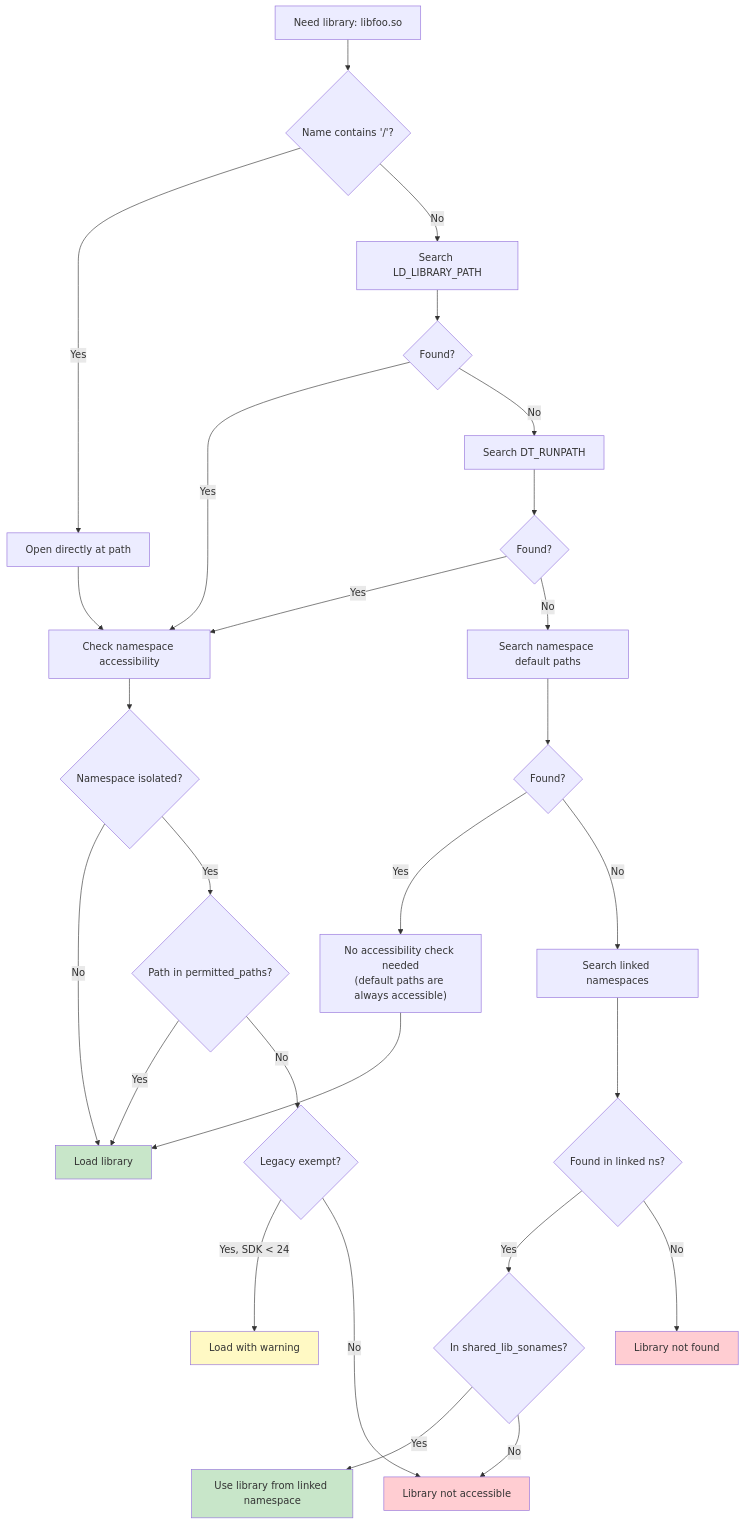
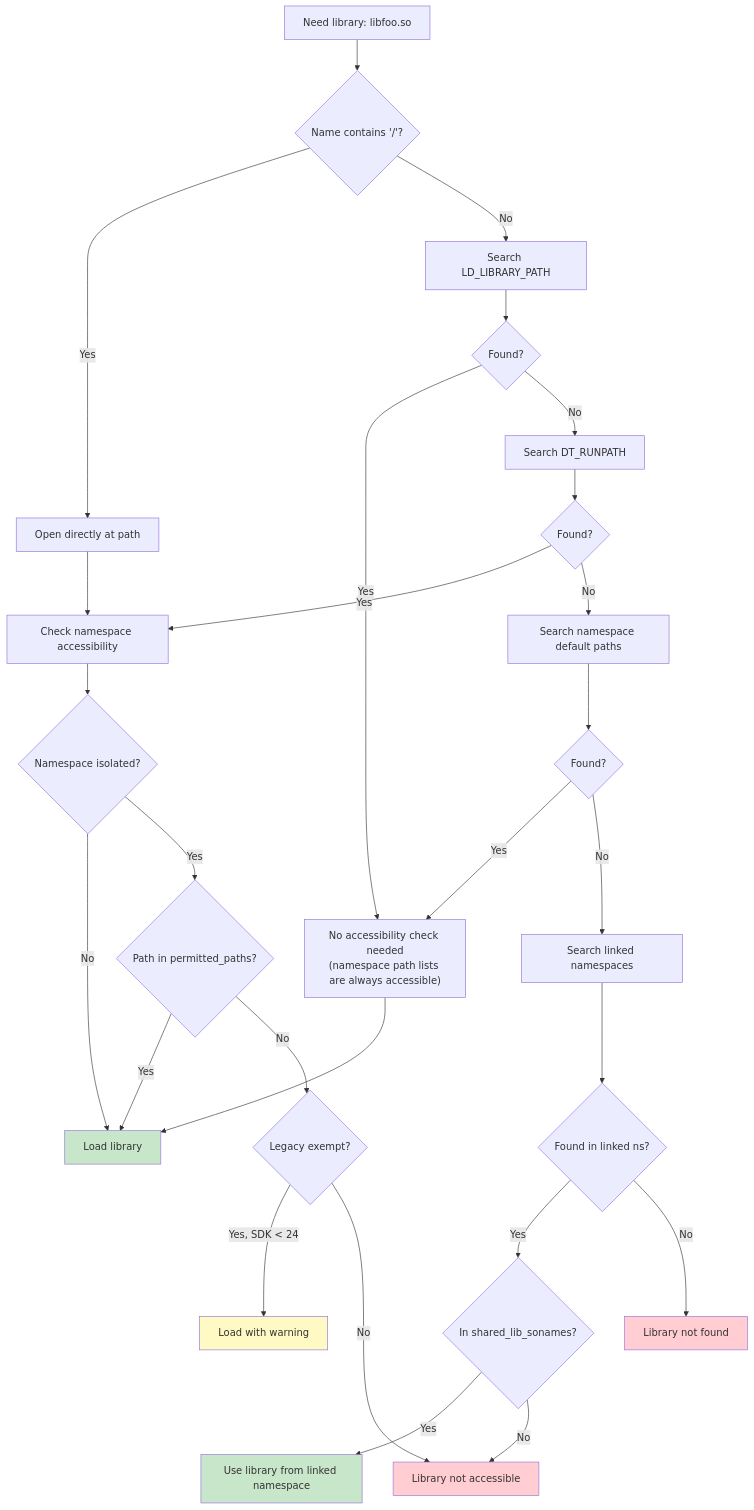
Diagram 12 of 18 in 07-bionic-and-linker.md (aospbooks/aosp-internal-book), drawn with Mermaid before and after one commit. The commit also changed other lines of this file and 218 other files, not shown here.

````diff
--- a/07-bionic-and-linker.md
+++ b/07-bionic-and-linker.md
@@ -2890,37 +2957,37 @@
 ```mermaid
 graph TD
     A["Need library: libfoo.so"] --> B{Name contains '/'?}
     B -->|Yes| C["Open directly at path"]
     B -->|No| D["Search LD_LIBRARY_PATH"]
     D --> E{Found?}
-    E -->|Yes| F["Check namespace accessibility"]
+    E -->|Yes| K
     E -->|No| G["Search DT_RUNPATH"]
     G --> H{Found?}
-    H -->|Yes| F
+    H -->|Yes| F["Check namespace accessibility"]
     H -->|No| I["Search namespace default paths"]
     I --> J{Found?}
-    J -->|Yes| K["No accessibility check needed<br/>(default paths are always accessible)"]
+    J -->|Yes| K["No accessibility check needed<br/>(namespace path lists are always accessible)"]
     J -->|No| L["Search linked namespaces"]
     L --> M{Found in linked ns?}
     M -->|Yes| N{In shared_lib_sonames?}
     N -->|Yes| O["Use library from linked namespace"]
     N -->|No| P["Library not accessible"]
     M -->|No| Q["Library not found"]
 
     F --> R{Namespace isolated?}
     R -->|No| S["Load library"]
     R -->|Yes| T{Path in permitted_paths?}
     T -->|Yes| S
     T -->|No| U{Legacy exempt?}
     U -->|Yes, SDK < 24| V["Load with warning"]
     U -->|No| P
 
     C --> F
     K --> S
 
     style S fill:#c8e6c9
     style O fill:#c8e6c9
     style V fill:#fff9c4
     style P fill:#ffcdd2
     style Q fill:#ffcdd2
 ```
````
